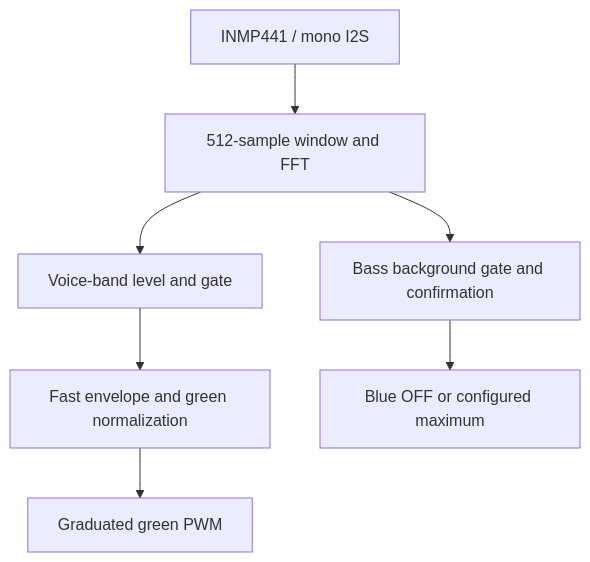
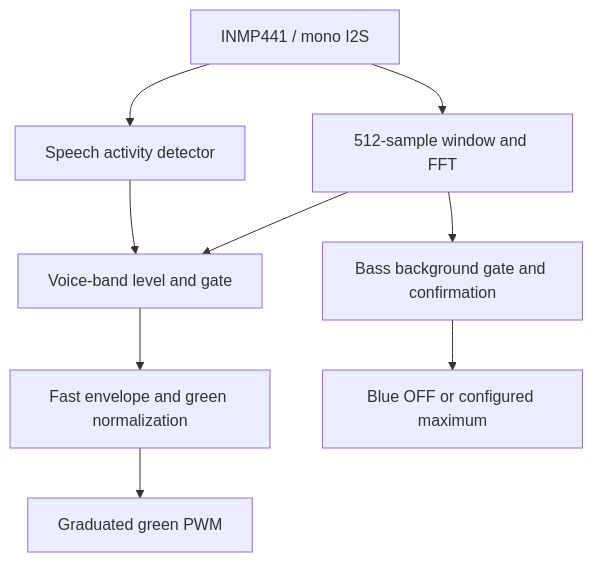
One commit to Fjopet360/SonicSync32 changed the diagram in README.md. Above: the diagram before and after it, drawn with Mermaid. The commit also changed other lines of this file and 37 other files, not shown here.

Commit message:
Speech filter and soft-bass fix: libfvad voice stage with tone veto, hysteresis-gap noise-learning freeze, 32 ms hit confirm, frame diagnostics; on-board results for failing passage, talking, instrumental and quiet

````diff
--- a/README.md
+++ b/README.md
@@ -49,9 +59,11 @@
 ```mermaid
 flowchart TD
     Mic["INMP441 / mono I2S"] --> FFT["512-sample window and FFT"]
+    Mic --> VAD["Speech activity detector"]
     FFT --> Voice["Voice-band level and gate"]
+    VAD --> Voice
     FFT --> Bass["Bass background gate and confirmation"]
     Voice --> Curve["Fast envelope and green normalization"]
     Curve --> Green["Graduated green PWM"]
     Bass --> Blue["Blue OFF or configured maximum"]
 ```
````
